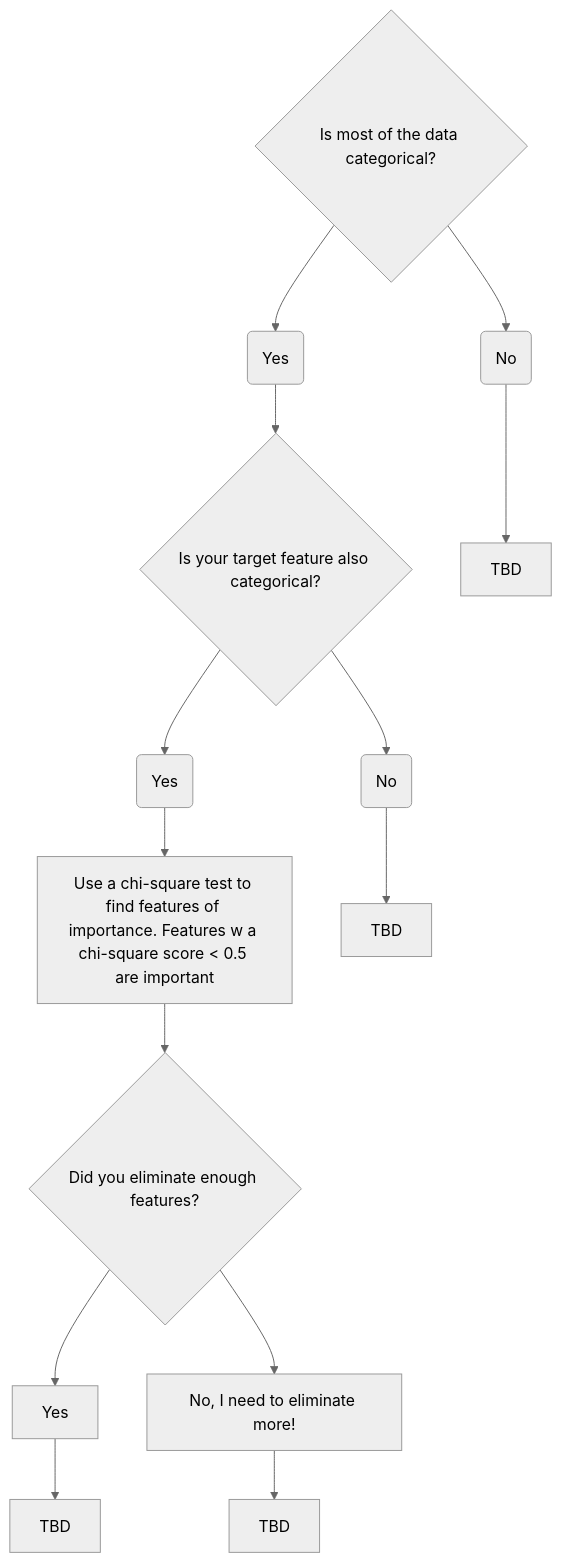
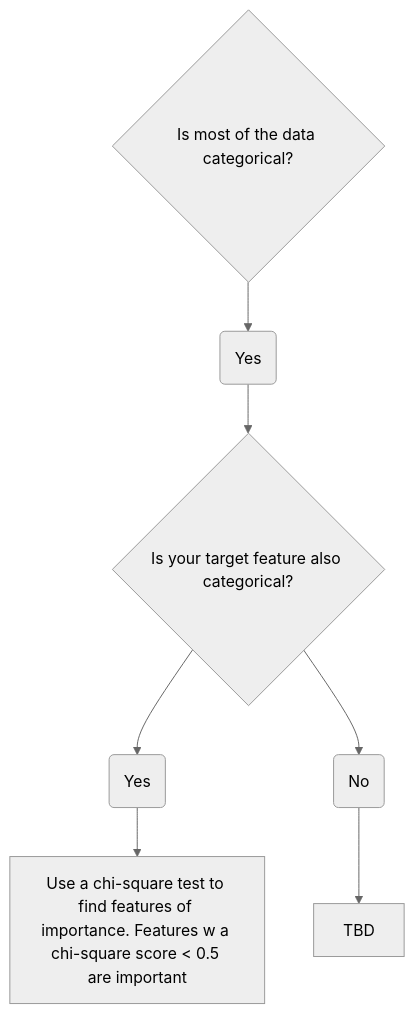
Before and after one commit to bigtoga/Examples: the diagram in AI + ML + Predictive Analytics/Decision making in Data Science.md, drawn with Mermaid (neutral theme).

Commit message:
Update Decision making in Data Science.md

````diff
--- a/AI + ML + Predictive Analytics/Decision making in Data Science.md
+++ b/AI + ML + Predictive Analytics/Decision making in Data Science.md
@@ -18,17 +18,10 @@
 ``` mermaid
 graph TD;
   q1{Is most of the data categorical?}
   q1-->q1Yes(Yes);
   q1Yes-->q2{Is your target feature also categorical?}
   q2-->q2Yes(Yes)
   q2-->q2No(No)
   q2Yes-->q2Done[Use a chi-square test to find features of importance. Features w a chi-square score < 0.5 are important]
   q2No-->q2NoDone[TBD]
-  q2Done-->q3{Did you eliminate enough features?}
-  q3-->q3Yes[Yes]
-  q3-->q3No[No, I need to eliminate more!]
-  q3No-->q3Done[TBD]
-  q3Yes-->q3YesDone[TBD]
-  q1-->q1No(No);
-  q1No-->q1NoDone[TBD]
 ```
````
